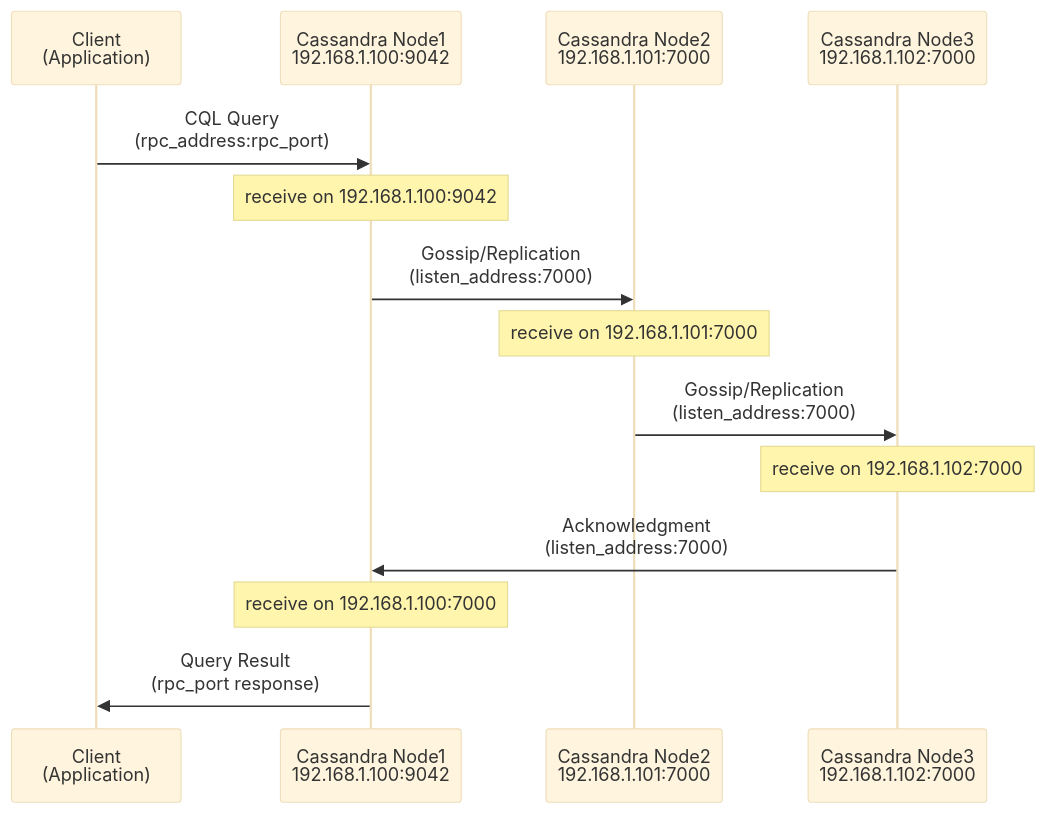
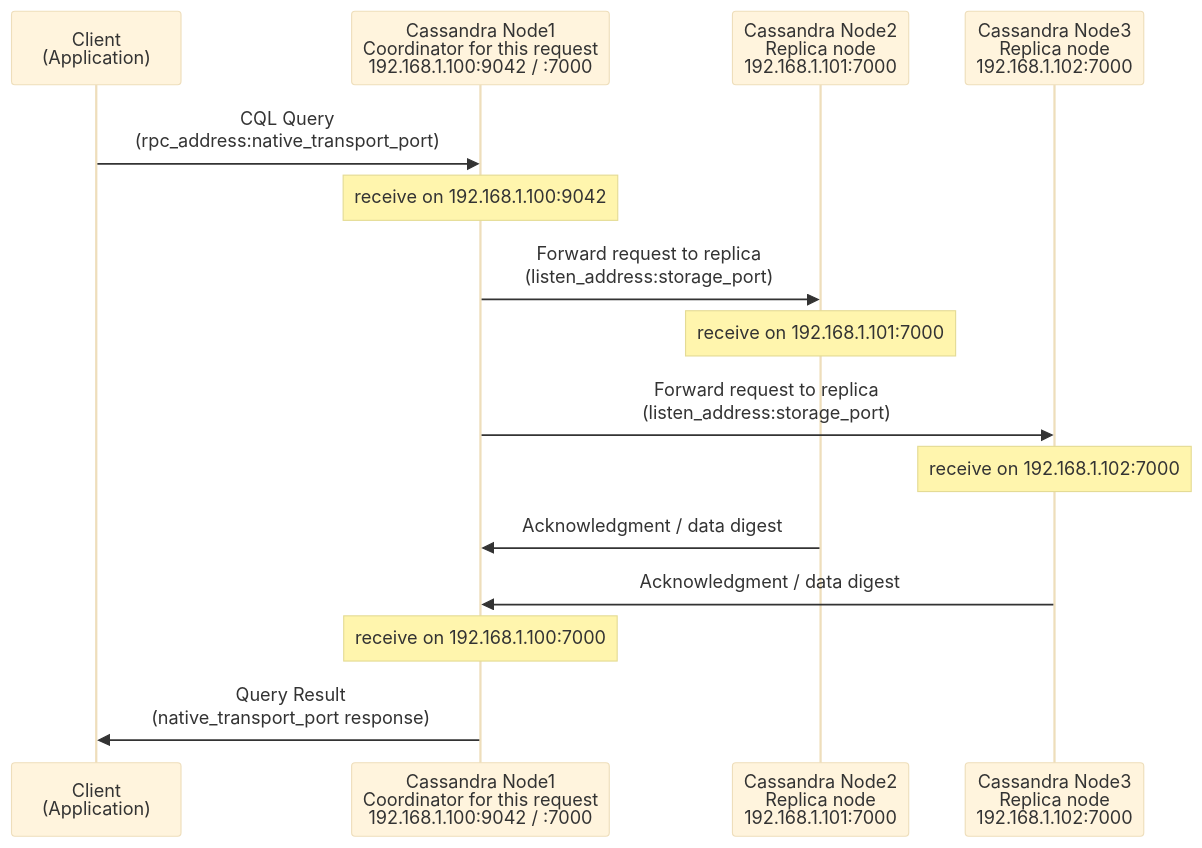
Before and after one commit to vikramchirumamilla-v4/CassandraNotes: the diagram in Cassandra.md, drawn with Mermaid (base theme). The commit also changed other lines of this file, not shown here.

````diff
--- a/Cassandra.md
+++ b/Cassandra.md
@@ -1242,21 +1342,22 @@
 ```mermaid
 sequenceDiagram
     participant Client as Client<br/>(Application)
-    participant Node1 as Cassandra Node1<br/>192.168.1.100:9042
-    participant Node2 as Cassandra Node2<br/>192.168.1.101:7000
-    participant Node3 as Cassandra Node3<br/>192.168.1.102:7000
+    participant Node1 as Cassandra Node1<br/>Coordinator for this request<br/>192.168.1.100:9042 / :7000
+    participant Node2 as Cassandra Node2<br/>Replica node<br/>192.168.1.101:7000
+    participant Node3 as Cassandra Node3<br/>Replica node<br/>192.168.1.102:7000
 
-    Client->>Node1: CQL Query<br/>(rpc_address:rpc_port)
+    Client->>Node1: CQL Query<br/>(rpc_address:native_transport_port)
     Note over Node1: receive on 192.168.1.100:9042
     
-    Node1->>Node2: Gossip/Replication<br/>(listen_address:7000)
+    Node1->>Node2: Forward request to replica<br/>(listen_address:storage_port)
     Note over Node2: receive on 192.168.1.101:7000
     
-    Node2->>Node3: Gossip/Replication<br/>(listen_address:7000)
+    Node1->>Node3: Forward request to replica<br/>(listen_address:storage_port)
     Note over Node3: receive on 192.168.1.102:7000
     
-    Node3->>Node1: Acknowledgment<br/>(listen_address:7000)
+    Node2->>Node1: Acknowledgment / data digest
+    Node3->>Node1: Acknowledgment / data digest
     Note over Node1: receive on 192.168.1.100:7000
     
-    Node1->>Client: Query Result<br/>(rpc_port response)
+    Node1->>Client: Query Result<br/>(native_transport_port response)
 ```
````
